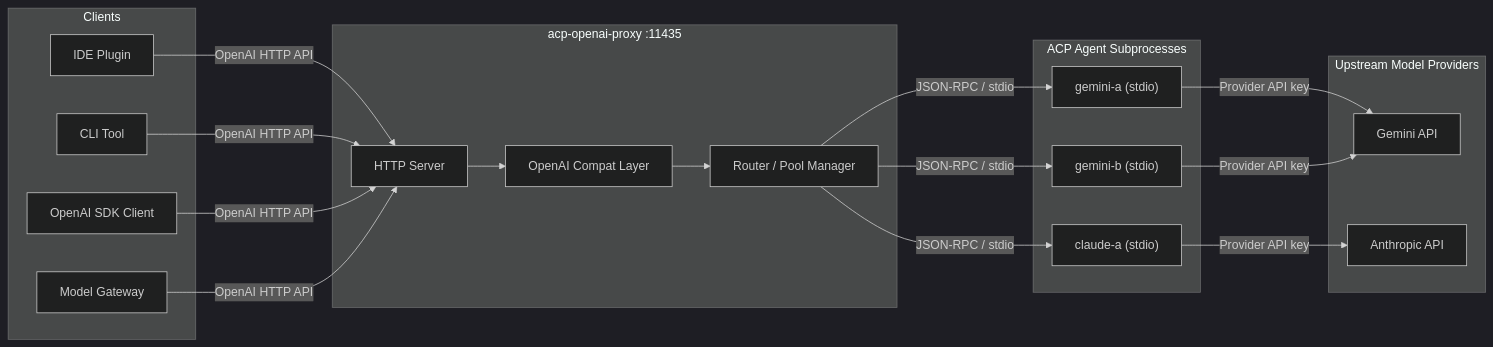
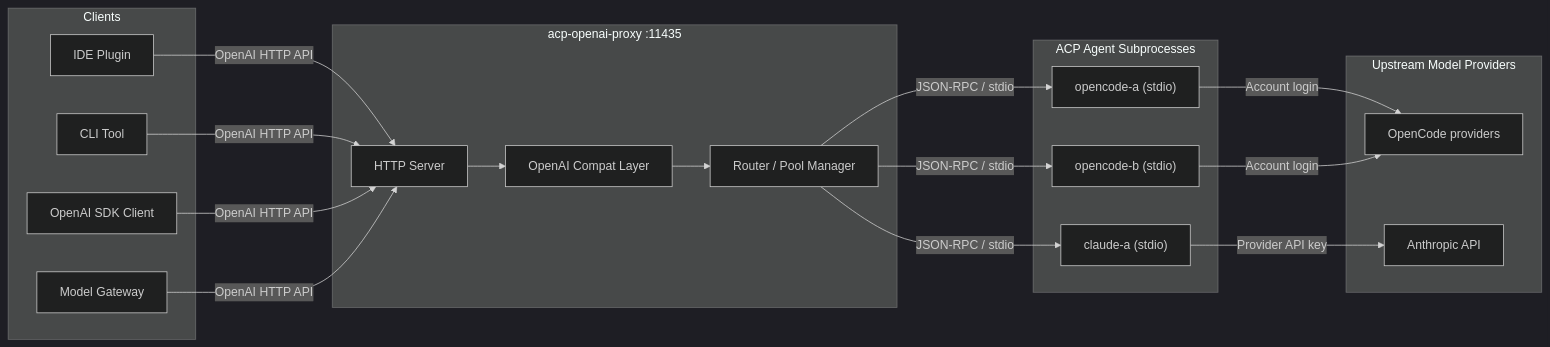
Before and after one commit to jetnet/acp-openai-proxy: the first of 12 diagrams in docs/ARCHITECTURE.md, drawn with Mermaid (dark theme). The commit also changed other lines of this file and 3 other files, not shown here.

First line of the commit message:
docs: drop gemini, document opencode as the reference agent

````diff
--- a/docs/ARCHITECTURE.md
+++ b/docs/ARCHITECTURE.md
@@ -11,33 +11,33 @@
 ```mermaid
 graph LR
     subgraph Clients
         IDE[IDE Plugin]
         CLI[CLI Tool]
         SDK[OpenAI SDK Client]
         GW[Model Gateway]
     end
 
     subgraph Proxy["acp-openai-proxy :11435"]
         HTTP[HTTP Server]
         RT[Router / Pool Manager]
         COMPAT[OpenAI Compat Layer]
     end
 
     subgraph ACP Agents["ACP Agent Subprocesses"]
-        GA["gemini-a (stdio)"]
-        GB["gemini-b (stdio)"]
+        GA["opencode-a (stdio)"]
+        GB["opencode-b (stdio)"]
         CA["claude-a (stdio)"]
     end
 
     subgraph Providers["Upstream Model Providers"]
-        GEMINI[Gemini API]
+        OPENCODE[OpenCode providers]
         ANTHROPIC[Anthropic API]
     end
 
     IDE & CLI & SDK & GW -->|OpenAI HTTP API| HTTP
     HTTP --> COMPAT
     COMPAT --> RT
     RT -->|JSON-RPC / stdio| GA & GB & CA
-    GA & GB -->|Provider API key| GEMINI
+    GA & GB -->|Account login| OPENCODE
     CA -->|Provider API key| ANTHROPIC
 ```
````
